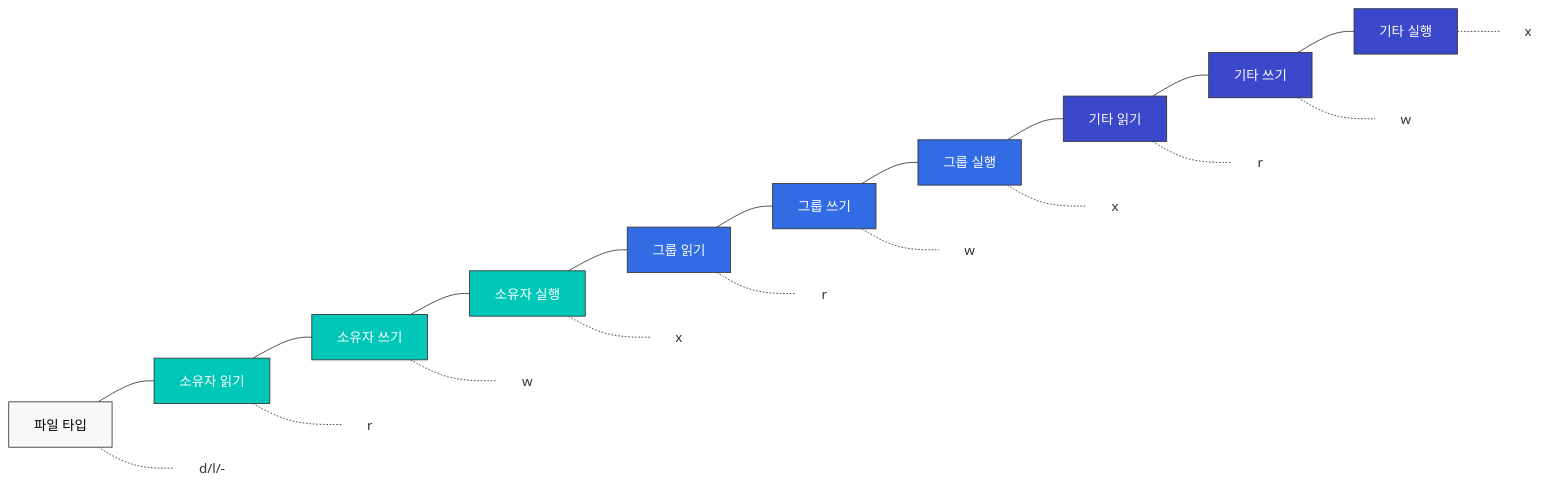
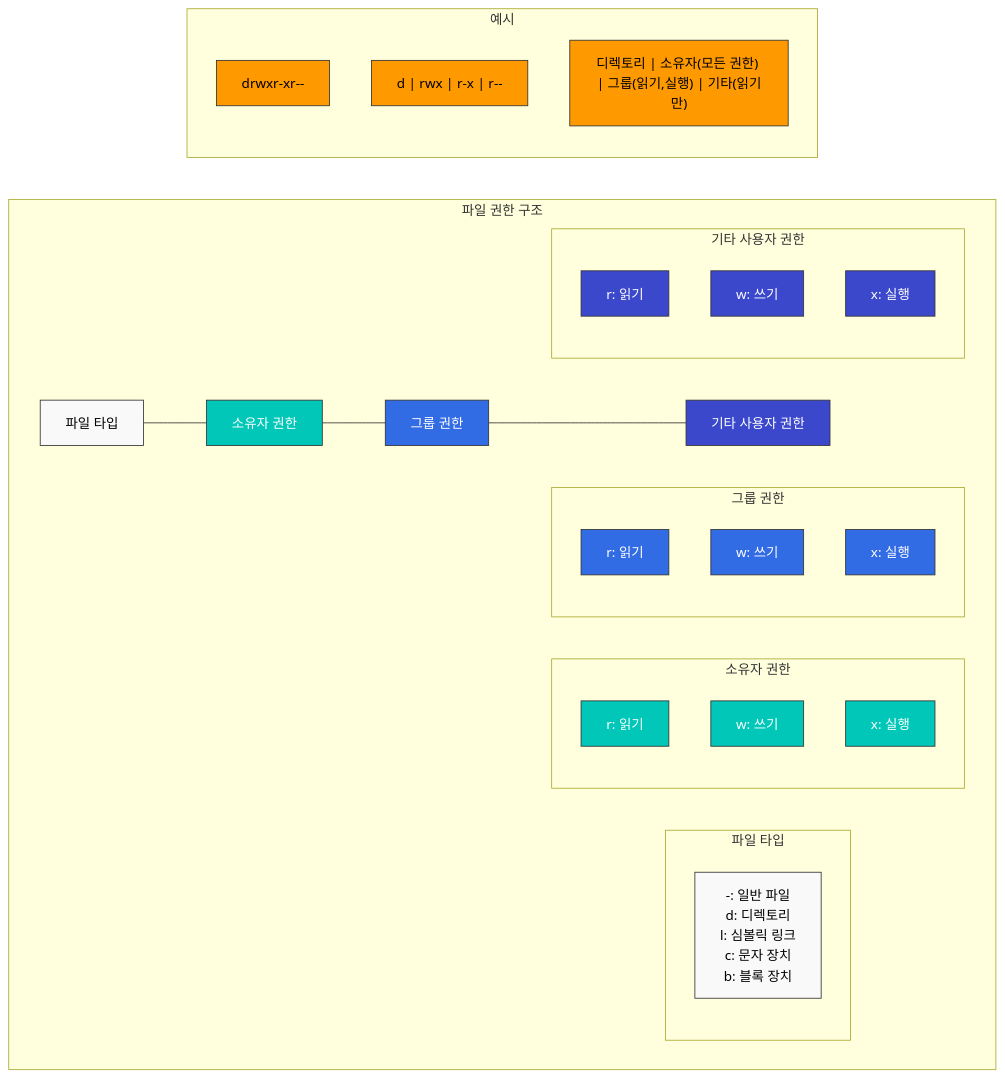
Before and after one commit to Atom-oh/kubernetes-docs: the second of 4 diagrams in basics/01-linux-basics.md, drawn with Mermaid. The commit also changed other lines of this file and 8 other files, not shown here.

Commit message:
다이어그램 업데이트

````diff
--- a/basics/01-linux-basics.md
+++ b/basics/01-linux-basics.md
@@ -231,43 +257,50 @@
 ```mermaid
 flowchart LR
-    %% 노드 정의
-    F["파일 타입"]
-    U1["소유자 읽기"]
-    U2["소유자 쓰기"]
-    U3["소유자 실행"]
-    G1["그룹 읽기"]
-    G2["그룹 쓰기"]
-    G3["그룹 실행"]
-    O1["기타 읽기"]
-    O2["기타 쓰기"]
-    O3["기타 실행"]
+    subgraph "파일 권한 구조"
+        direction LR
+        F["파일 타입"] --- U["소유자 권한"] --- G["그룹 권한"] --- O["기타 사용자 권한"]
+        
+        subgraph "파일 타입"
+            FT["-: 일반 파일\nd: 디렉토리\nl: 심볼릭 링크\nc: 문자 장치\nb: 블록 장치"]
+        end
+        
+        subgraph "소유자 권한"
+            UR["r: 읽기"]
+            UW["w: 쓰기"]
+            UX["x: 실행"]
+        end
+        
+        subgraph "그룹 권한"
+            GR["r: 읽기"]
+            GW["w: 쓰기"]
+            GX["x: 실행"]
+        end
+        
+        subgraph "기타 사용자 권한"
+            OR["r: 읽기"]
+            OW["w: 쓰기"]
+            OX["x: 실행"]
+        end
+    end
     
-    %% 연결 정의
-    F --- U1 --- U2 --- U3 --- G1 --- G2 --- G3 --- O1 --- O2 --- O3
-    
-    %% 레이블 추가
-    F -.- FL["d/l/-"]
-    U1 -.- U1L["r"]
-    U2 -.- U2L["w"]
-    U3 -.- U3L["x"]
-    G1 -.- G1L["r"]
-    G2 -.- G2L["w"]
-    G3 -.- G3L["x"]
-    O1 -.- O1L["r"]
-    O2 -.- O2L["w"]
-    O3 -.- O3L["x"]
+    %% 예시
+    subgraph "예시"
+        EX1["drwxr-xr--"]
+        EX2["d | rwx | r-x | r--"]
+        EX3["디렉토리 | 소유자(모든 권한) | 그룹(읽기,실행) | 기타(읽기만)"]
+    end
     
     %% 스타일 적용
     classDef fileType fill:#f9f9f9,stroke:#333,stroke-width:1px,color:black;
     classDef userPerm fill:#00C7B7,stroke:#333,stroke-width:1px,color:white;
     classDef groupPerm fill:#326CE5,stroke:#333,stroke-width:1px,color:white;
     classDef otherPerm fill:#3B48CC,stroke:#333,stroke-width:1px,color:white;
-    classDef label fill:none,stroke:none;
+    classDef example fill:#FF9900,stroke:#333,stroke-width:1px,color:black;
     
     %% 클래스 적용
-    class F fileType
-    class U1,U2,U3 userPerm
-    class G1,G2,G3 groupPerm
-    class O1,O2,O3 otherPerm
-    class FL,U1L,U2L,U3L,G1L,G2L,G3L,O1L,O2L,O3L label
+    class F,FT fileType
+    class U,UR,UW,UX userPerm
+    class G,GR,GW,GX groupPerm
+    class O,OR,OW,OX otherPerm
+    class EX1,EX2,EX3 example
 ```
````
